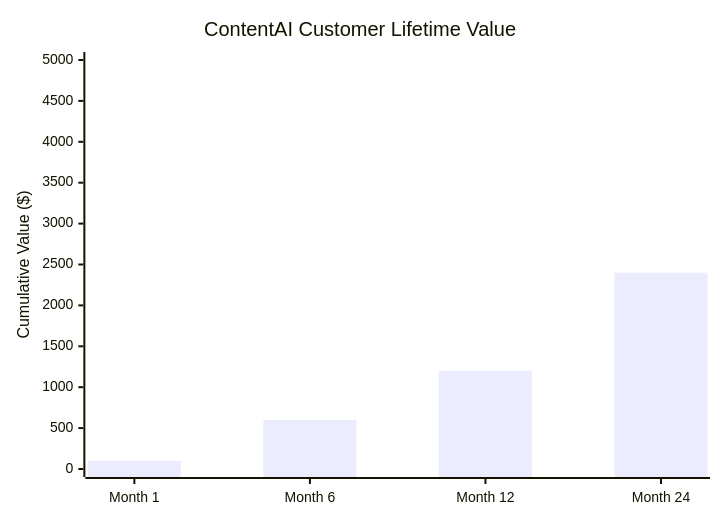
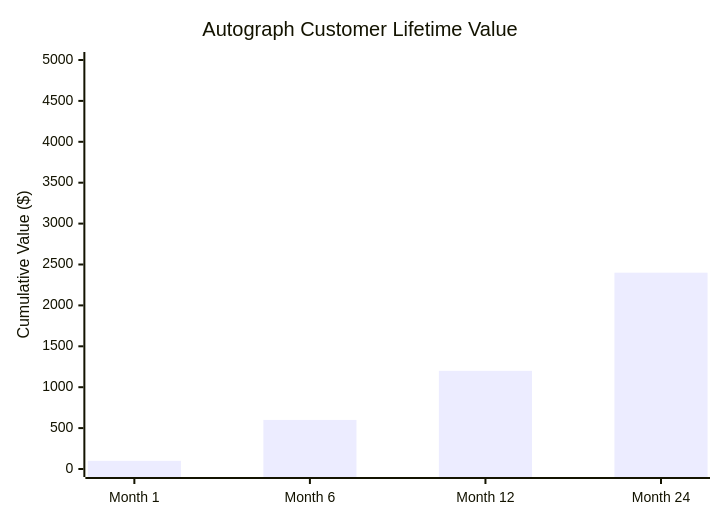
The fifth of 6 diagrams in DevOps/01-Product/02-Market-Context.md (PearlThoughtsInternship/Internship-Obsidian-Vault), drawn with Mermaid before and after one commit. The commit also changed other lines of this file and 8 other files, not shown here.

First line of the commit message:
rebrand: Complete ContentAI → Autograph rename across all docs

````diff
--- a/DevOps/01-Product/02-Market-Context.md
+++ b/DevOps/01-Product/02-Market-Context.md
@@ -211,7 +211,7 @@
 ```mermaid
 xychart-beta
-    title "ContentAI Customer Lifetime Value"
+    title "Autograph Customer Lifetime Value"
     x-axis ["Month 1", "Month 6", "Month 12", "Month 24"]
     y-axis "Cumulative Value ($)" 0 --> 5000
     bar [100, 600, 1200, 2400]
 ```
````
